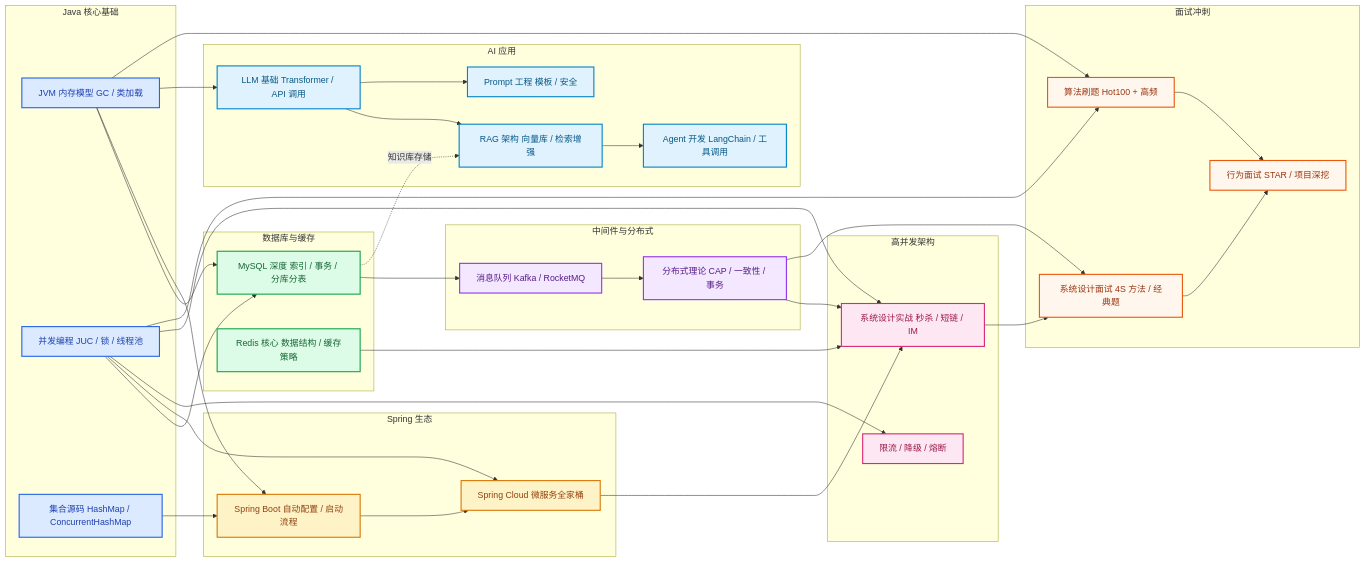
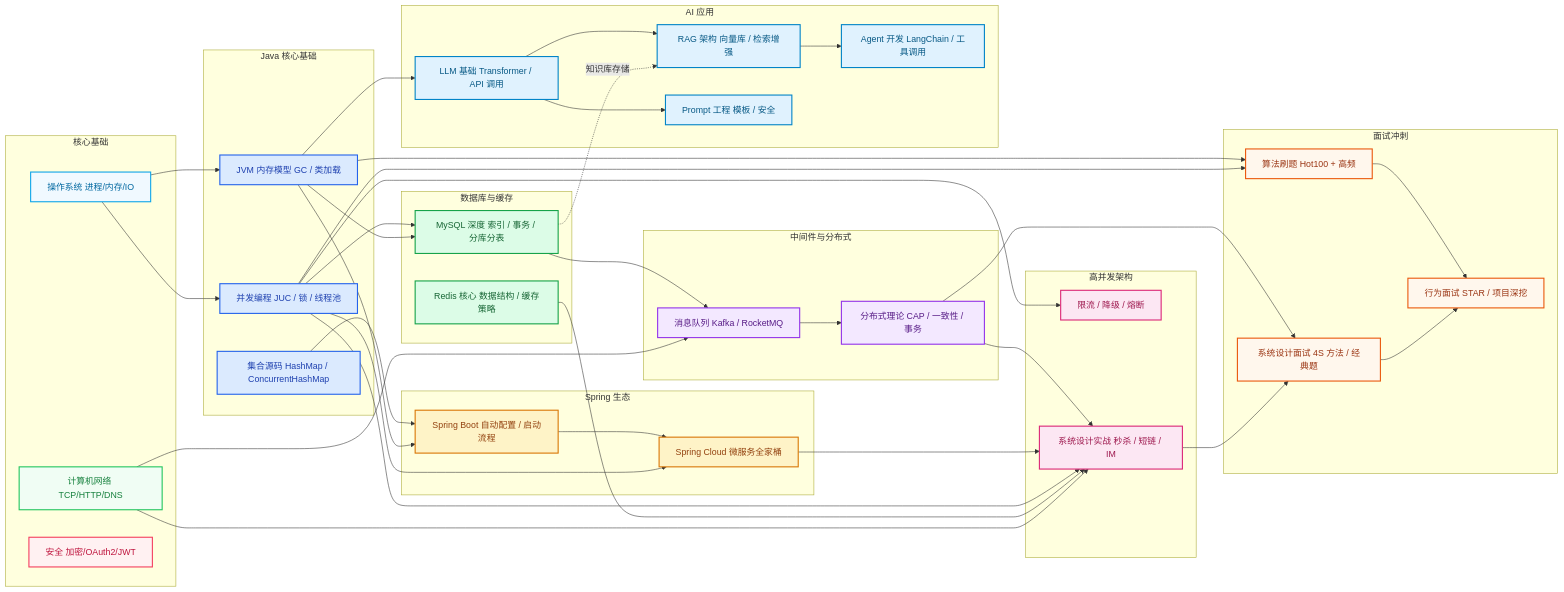
Diagram 17 of 19 in wiki-docs/docs/guide/roadmap.md (ScottWZY/portal), drawn with Mermaid before and after one commit. The commit also changed other lines of this file and 4 other files, not shown here.

````diff
--- a/wiki-docs/docs/guide/roadmap.md
+++ b/wiki-docs/docs/guide/roadmap.md
@@ -237,5 +369,8 @@
 ```mermaid
 flowchart LR
+    classDef net fill:#f0fdf4,stroke:#22c55e,stroke-width:2px,color:#15803d
+    classDef os fill:#f0f9ff,stroke:#0ea5e9,stroke-width:2px,color:#0369a1
+    classDef sec fill:#fff1f2,stroke:#f43f5e,stroke-width:2px,color:#be123c
     classDef java fill:#dbeafe,stroke:#2563eb,stroke-width:2px,color:#1e40af
     classDef db fill:#dcfce7,stroke:#16a34a,stroke-width:2px,color:#166534
     classDef spring fill:#fef3c7,stroke:#d97706,stroke-width:2px,color:#92400e
@@ -244,6 +379,12 @@
     classDef ai fill:#e0f2fe,stroke:#0284c7,stroke-width:2px,color:#075985
     classDef interview fill:#fff7ed,stroke:#ea580c,stroke-width:2px,color:#9a3412
     classDef highlight fill:#fef2f2,stroke:#dc2626,stroke-width:3px,color:#991b1b,font-weight:bold
+
+    subgraph G0["核心基础"]
+        OS["操作系统 进程/内存/IO"]:::os
+        NET["计算机网络 TCP/HTTP/DNS"]:::net
+        SEC["安全 加密/OAuth2/JWT"]:::sec
+    end
 
     subgraph G1["Java 核心基础"]
         JVM["JVM 内存模型 GC / 类加载"]:::java
@@ -284,6 +425,11 @@
         BEHAVIOR["行为面试 STAR / 项目深挖"]:::interview
     end
 
+    OS --> JVM
+    OS --> CON
+    NET --> MQ
+    NET --> DESIGN
+
     JVM --> MYSQL
     CON --> MYSQL
     JVM --> SB
````
